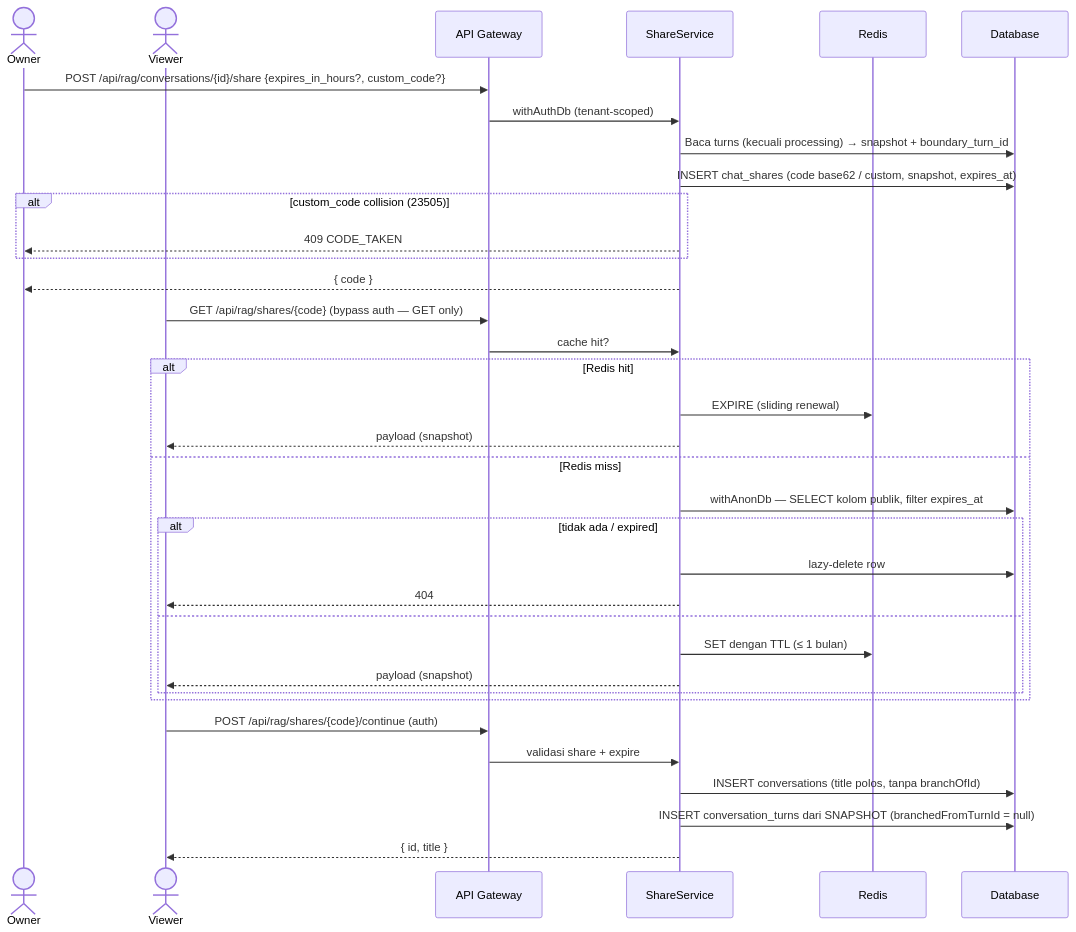
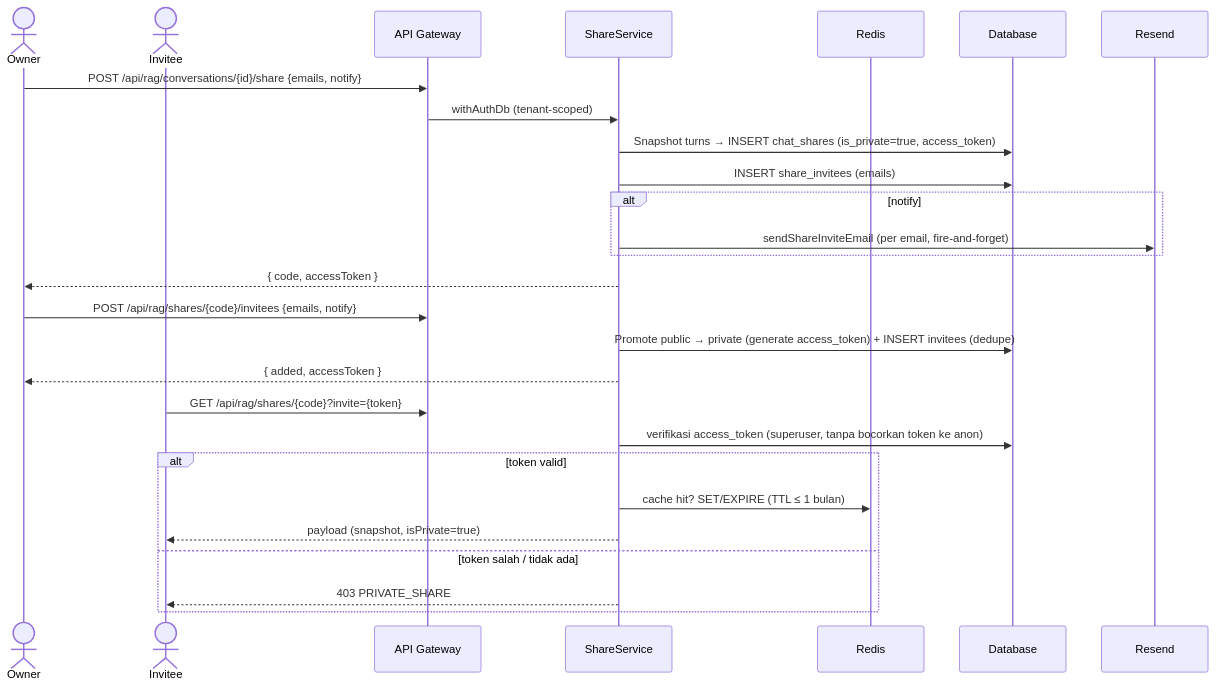
One commit to kanzhamada/Dokyudo changed the diagram in docs/features/public-share.md. Above: the diagram before and after it, drawn with Mermaid. The commit also changed other lines of this file and 20 other files, not shown here.

First line of the commit message:
Add private share mode with email invitations and access tokens

````diff
--- a/docs/features/public-share.md
+++ b/docs/features/public-share.md
@@ -22,43 +32,35 @@
 ```mermaid
 sequenceDiagram
     actor Owner
-    actor Viewer
+    actor Invitee
     participant API Gateway
     participant ShareService
     participant Redis
     participant Database
+    participant Resend
 
-    %% Create share (owner)
-    Owner->>API Gateway: POST /api/rag/conversations/{id}/share {expires_in_hours?, custom_code?}
+    %% Create private share + invite (owner)
+    Owner->>API Gateway: POST /api/rag/conversations/{id}/share {emails, notify}
     API Gateway->>ShareService: withAuthDb (tenant-scoped)
-    ShareService->>Database: Baca turns (kecuali processing) → snapshot + boundary_turn_id
-    ShareService->>Database: INSERT chat_shares (code base62 / custom, snapshot, expires_at)
-    alt custom_code collision (23505)
-        ShareService-->>Owner: 409 CODE_TAKEN
+    ShareService->>Database: Snapshot turns → INSERT chat_shares (is_private=true, access_token)
+    ShareService->>Database: INSERT share_invitees (emails)
+    alt notify
+        ShareService->>Resend: sendShareInviteEmail (per email, fire-and-forget)
     end
-    ShareService-->>Owner: { code }
+    ShareService-->>Owner: { code, accessToken }
 
-    %% Public read (viewer, no auth)
-    Viewer->>API Gateway: GET /api/rag/shares/{code}  (bypass auth — GET only)
-    API Gateway->>ShareService: cache hit?
-    alt Redis hit
-        ShareService->>Redis: EXPIRE (sliding renewal)
-        ShareService-->>Viewer: payload (snapshot)
-    else Redis miss
-        ShareService->>Database: withAnonDb — SELECT kolom publik, filter expires_at
-        alt tidak ada / expired
-            ShareService->>Database: lazy-delete row
-            ShareService-->>Viewer: 404
-        else
-            ShareService->>Redis: SET dengan TTL (≤ 1 bulan)
-            ShareService-->>Viewer: payload (snapshot)
-        end
+    %% Add invitees later
+    Owner->>API Gateway: POST /api/rag/shares/{code}/invitees {emails, notify}
+    ShareService->>Database: Promote public → private (generate access_token) + INSERT invitees (dedupe)
+    ShareService-->>Owner: { added, accessToken }
+
+    %% Private read (invitee, token in URL)
+    Invitee->>API Gateway: GET /api/rag/shares/{code}?invite={token}
+    ShareService->>Database: verifikasi access_token (superuser, tanpa bocorkan token ke anon)
+    alt token valid
+        ShareService->>Redis: cache hit? SET/EXPIRE (TTL ≤ 1 bulan)
+        ShareService-->>Invitee: payload (snapshot, isPrivate=true)
+    else token salah / tidak ada
+        ShareService-->>Invitee: 403 PRIVATE_SHARE
     end
-
-    %% Continue chat (viewer logged in)
-    Viewer->>API Gateway: POST /api/rag/shares/{code}/continue (auth)
-    API Gateway->>ShareService: validasi share + expire
-    ShareService->>Database: INSERT conversations (title polos, tanpa branchOfId)
-    ShareService->>Database: INSERT conversation_turns dari SNAPSHOT (branchedFromTurnId = null)
-    ShareService-->>Viewer: { id, title }
 ```
````
